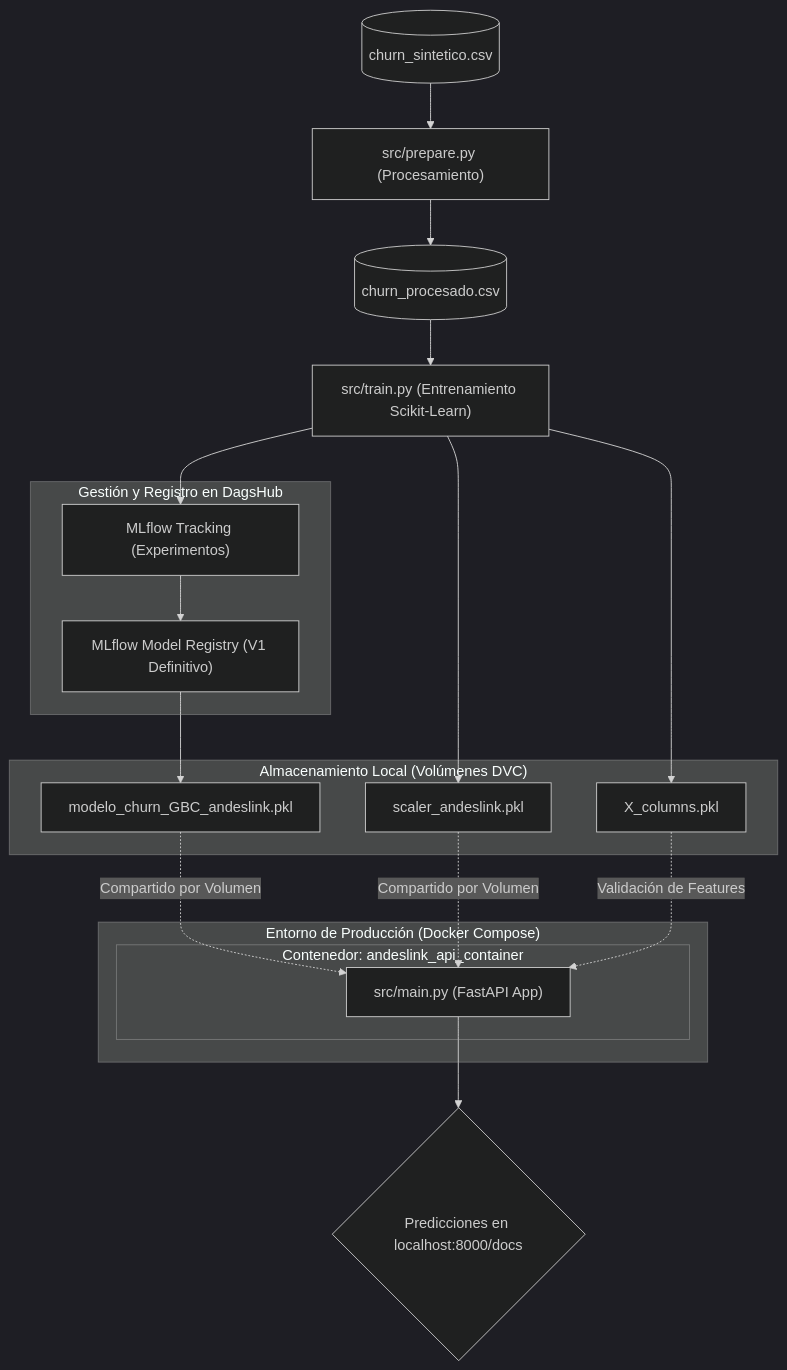
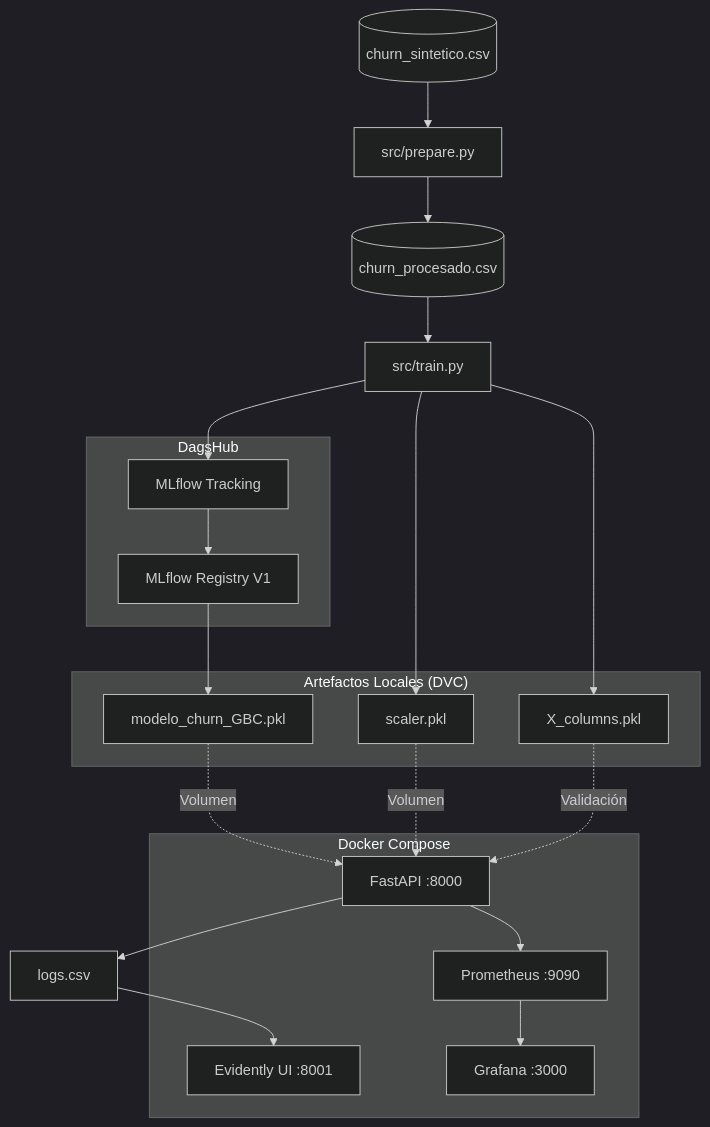
One commit to JuanManuelResquin84/Portafolio_03_Proyecto_AndesLink_MLOps changed the first of 2 diagrams in README.md. Above: the diagram before and after it, drawn with Mermaid. The commit also changed other lines of this file, not shown here.

````diff
--- a/README.md
+++ b/README.md
@@ -16,38 +34,42 @@
-```mermaid 
+```mermaid
 %%{init: {'theme': 'dark'}}%%
 graph TD
-    DATA_RAW[(churn_sintetico.csv)] --> P_PREP["src/prepare.py (Procesamiento)"]
+    DATA_RAW[(churn_sintetico.csv)] --> P_PREP["src/prepare.py"]
     P_PREP --> DATA_PROC[(churn_procesado.csv)]
     
-    DATA_PROC --> P_TRAIN["src/train.py (Entrenamiento Scikit-Learn)"]
+    DATA_PROC --> P_TRAIN["src/train.py"]
     
-    subgraph MLOps_Stack ["Gestión y Registro en DagsHub"]
-        TRACK["MLflow Tracking (Experimentos)"]
-        REG["MLflow Model Registry (V1 Definitivo)"]
+    subgraph MLOps_Stack ["DagsHub"]
+        TRACK["MLflow Tracking"]
+        REG["MLflow Registry V1"]
     end
     
     P_TRAIN --> TRACK
     TRACK --> REG
     
-    subgraph Local ["Almacenamiento Local (Volúmenes DVC)"]
-        M1["modelo_churn_GBC_andeslink.pkl"]
-        S1["scaler_andeslink.pkl"]
+    subgraph Local ["Artefactos Locales (DVC)"]
+        M1["modelo_churn_GBC.pkl"]
+        S1["scaler.pkl"]
         X1["X_columns.pkl"]
     end
     
     REG --> M1
     P_TRAIN --> S1
     P_TRAIN --> X1
 
-    subgraph Docker_Env ["Entorno de Producción (Docker Compose)"]
-        subgraph Contenedor ["Contenedor: andeslink_api_container"]
-            API["src/main.py (FastAPI App)"]
-        end
+    subgraph Producción ["Docker Compose"]
+        API["FastAPI :8000"]
+        EVI["Evidently UI :8001"]
+        PROM["Prometheus :9090"]
+        GRAF["Grafana :3000"]
     end
 
-    M1 -.->|Compartido por Volumen| API
-    S1 -.->|Compartido por Volumen| API
-    X1 -.->|Validación de Features| API
+    M1 -.->|Volumen| API
+    S1 -.->|Volumen| API
+    X1 -.->|Validación| API
     
-    API --> RES{"Predicciones en localhost:8000/docs"}
+    API --> LOGS["logs.csv"]
+    LOGS --> EVI
+    API --> PROM
+    PROM --> GRAF
 ```
````
